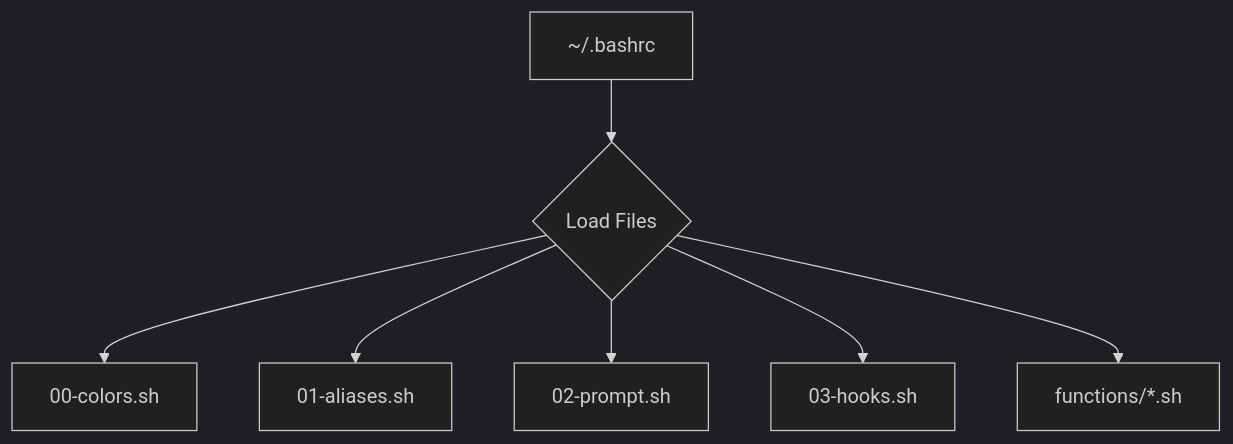
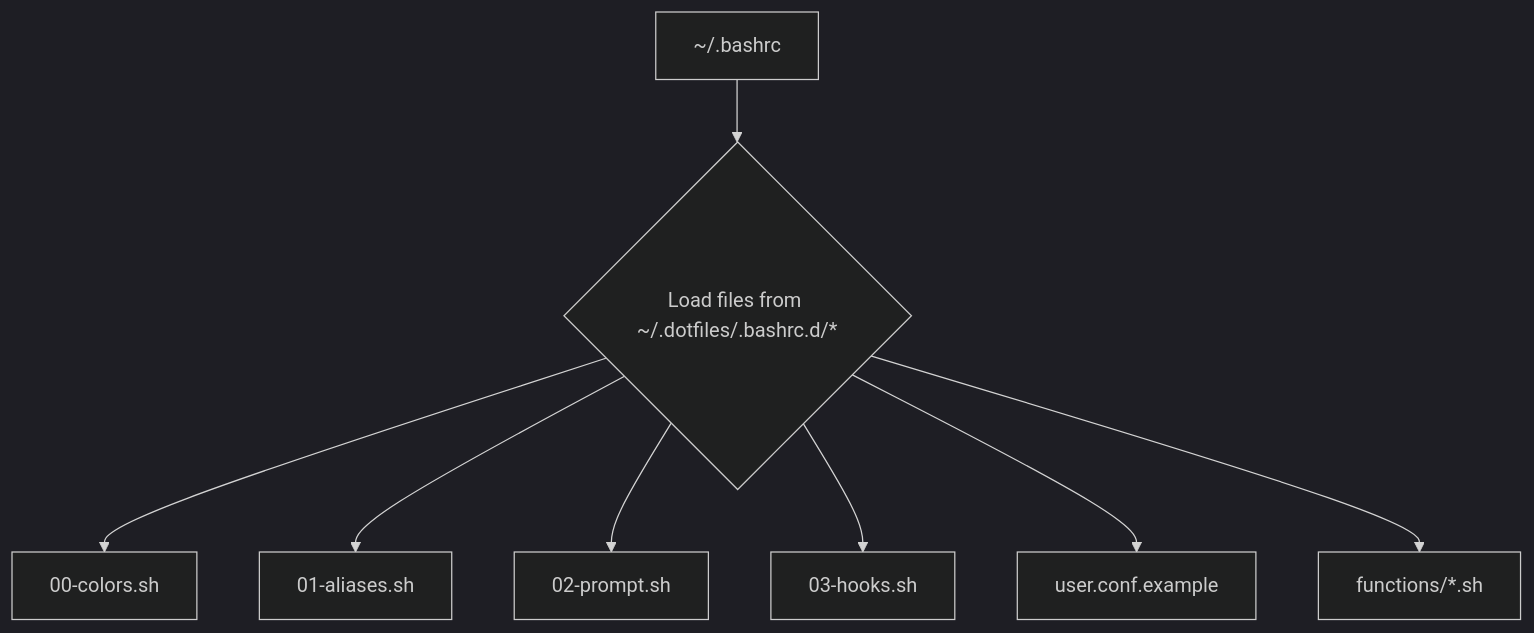
Before and after one commit to afif25fradana/Felis-Shell-Modular-Dotfile: the diagram in README.md, drawn with Mermaid (dark theme). The commit also changed other lines of this file and 14 other files, not shown here.

````diff
--- a/README.md
+++ b/README.md
@@ -83,9 +123,10 @@
 ```mermaid
 graph TD
-    A[~/.bashrc] --> B{Load Files};
+    A[~/.bashrc] --> B{Load files from ~/.dotfiles/.bashrc.d/*};
     B --> C[00-colors.sh];
     B --> D[01-aliases.sh];
     B --> E[02-prompt.sh];
     B --> F[03-hooks.sh];
-    B --> G[functions/*.sh];
+    B --> G[user.conf.example];
+    B --> H[functions/*.sh];
 ```
````
